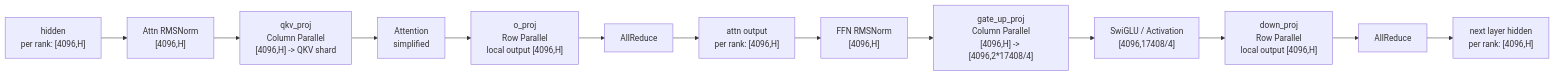
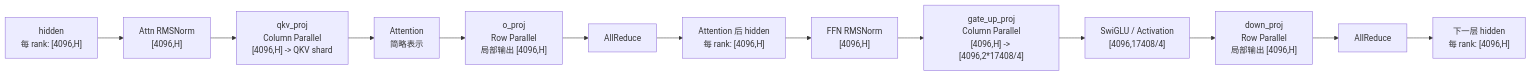
One commit to wanghuanjun2113/vllm-ascend changed the first of 2 diagrams in flashcomm1.md. Above: the diagram before and after it, drawn with Mermaid. The commit also changed other lines of this file, not shown here.

````diff
--- a/flashcomm1.md
+++ b/flashcomm1.md
@@ -67,17 +67,17 @@
 ```mermaid
 flowchart LR
-    A["hidden<br/>per rank: [4096,H]"]
+    A["hidden<br/>每 rank: [4096,H]"]
     A --> B["Attn RMSNorm<br/>[4096,H]"]
     B --> C["qkv_proj<br/>Column Parallel<br/>[4096,H] -> QKV shard"]
-    C --> D["Attention<br/>simplified"]
-    D --> E["o_proj<br/>Row Parallel<br/>local output [4096,H]"]
+    C --> D["Attention<br/>简略表示"]
+    D --> E["o_proj<br/>Row Parallel<br/>局部输出 [4096,H]"]
     E --> F["AllReduce"]
-    F --> G["attn output<br/>per rank: [4096,H]"]
+    F --> G["Attention 后 hidden<br/>每 rank: [4096,H]"]
 
     G --> H["FFN RMSNorm<br/>[4096,H]"]
     H --> I["gate_up_proj<br/>Column Parallel<br/>[4096,H] -> [4096,2*17408/4]"]
     I --> J["SwiGLU / Activation<br/>[4096,17408/4]"]
-    J --> K["down_proj<br/>Row Parallel<br/>local output [4096,H]"]
+    J --> K["down_proj<br/>Row Parallel<br/>局部输出 [4096,H]"]
     K --> L["AllReduce"]
-    L --> M["next layer hidden<br/>per rank: [4096,H]"]
+    L --> M["下一层 hidden<br/>每 rank: [4096,H]"]
 ```
````
